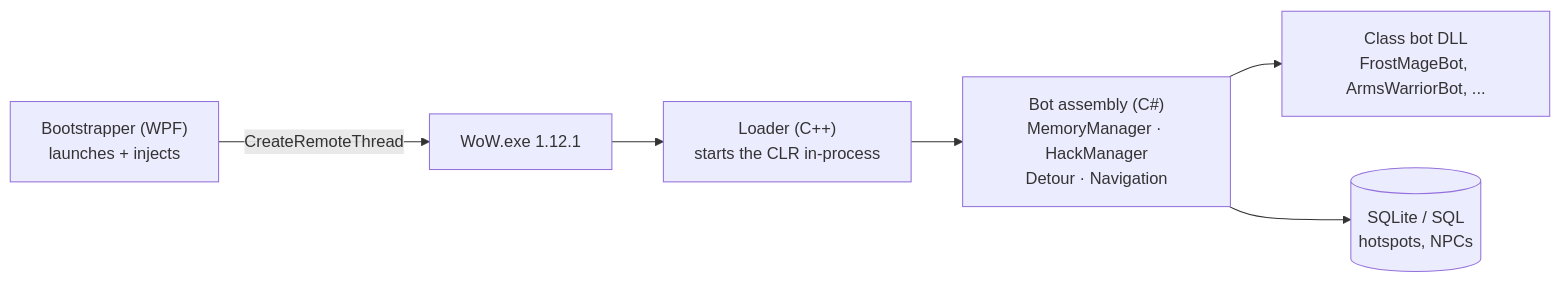
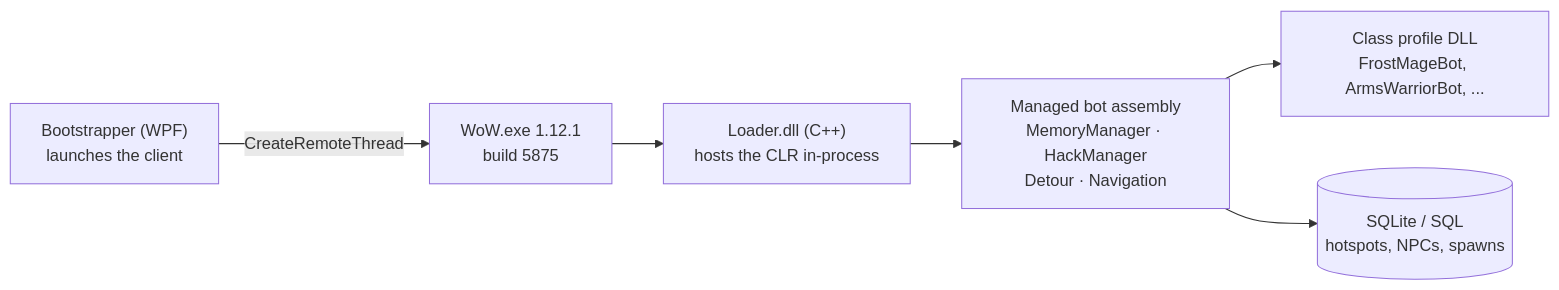
The diagram in _posts/2026-09-06-inheritance.md (lrhodes404/wwow-devblog), drawn with Mermaid before and after one commit. The commit also changed other lines of this file and 10 other files, not shown here.

````diff
--- a/_posts/2026-09-06-inheritance.md
+++ b/_posts/2026-09-06-inheritance.md
@@ -27,8 +41,8 @@
 ```mermaid
 flowchart LR
-  B["Bootstrapper (WPF)<br/>launches + injects"] -->|CreateRemoteThread| W["WoW.exe 1.12.1"]
-  W --> L["Loader (C++)<br/>starts the CLR in-process"]
-  L --> C["Bot assembly (C#)<br/>MemoryManager · HackManager<br/>Detour · Navigation"]
-  C --> P["Class bot DLL<br/>FrostMageBot, ArmsWarriorBot, ..."]
-  C --> D[("SQLite / SQL<br/>hotspots, NPCs")]
+  B["Bootstrapper (WPF)<br/>launches the client"] -->|"CreateRemoteThread"| W["WoW.exe 1.12.1<br/>build 5875"]
+  W --> L["Loader.dll (C++)<br/>hosts the CLR in-process"]
+  L --> C["Managed bot assembly<br/>MemoryManager · HackManager<br/>Detour · Navigation"]
+  C --> P["Class profile DLL<br/>FrostMageBot, ArmsWarriorBot, ..."]
+  C --> D[("SQLite / SQL<br/>hotspots, NPCs, spawns")]
 ```
````
